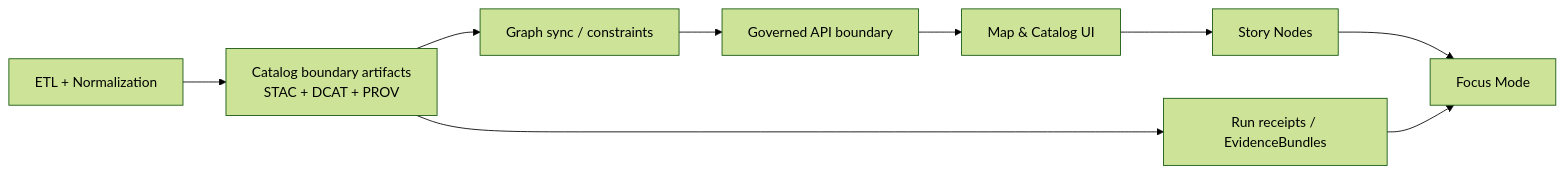
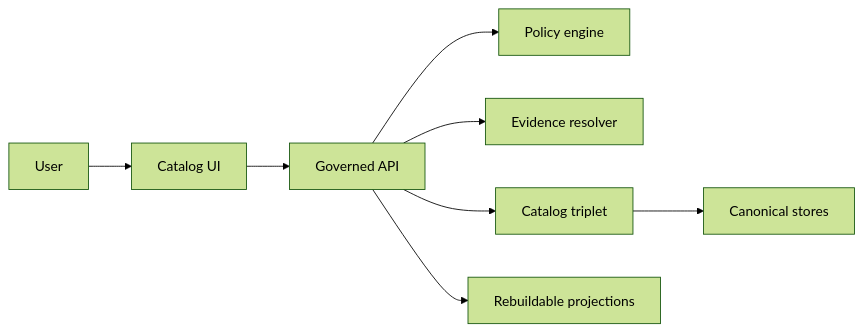
Before and after one commit to bartytime4life/Kansas-Frontier-Matrix: the first of 2 diagrams in apps/catalog/src/README.md, drawn with Mermaid (forest theme). The commit also changed other lines of this file, not shown here.

Commit message:
Update README for Catalog UI source details

````diff
--- a/apps/catalog/src/README.md
+++ b/apps/catalog/src/README.md
@@ -51,12 +83,10 @@
 ```mermaid
 flowchart LR
-  ETL[ETL + Normalization] --> CAT[Catalog boundary artifacts<br/>STAC + DCAT + PROV]
-  CAT --> GRAPH[Graph sync / constraints]
-  GRAPH --> API[Governed API boundary]
-  API --> UI[Map & Catalog UI]
-  UI --> STORY[Story Nodes]
-  STORY --> FOCUS[Focus Mode]
-
-  CAT --> RECEIPT[Run receipts / EvidenceBundles]
-  RECEIPT --> FOCUS
+U[User] --> CUI[Catalog UI]
+CUI --> API[Governed API]
+API --> PE[Policy engine]
+API --> ER[Evidence resolver]
+API --> CAT[Catalog triplet]
+CAT --> CAN[Canonical stores]
+API --> IDX[Rebuildable projections]
 ```
````
